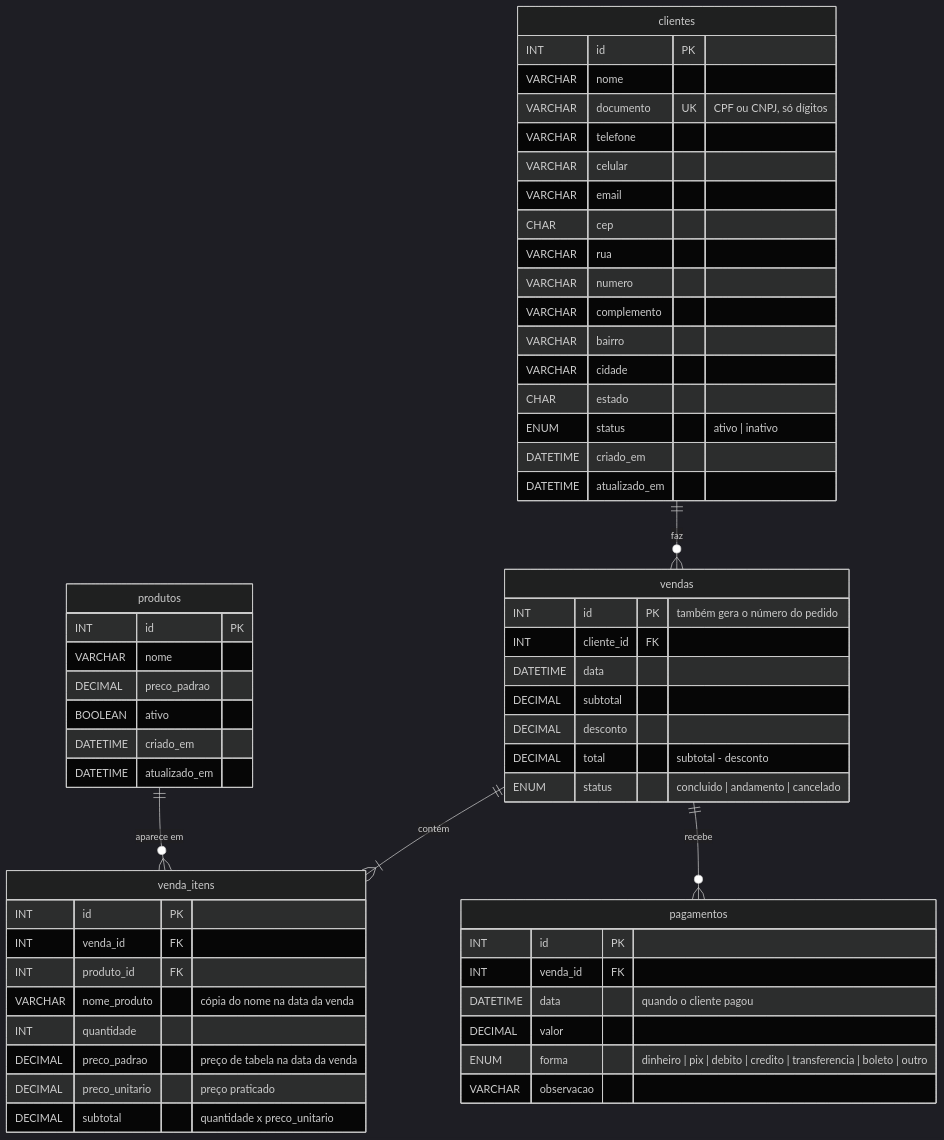
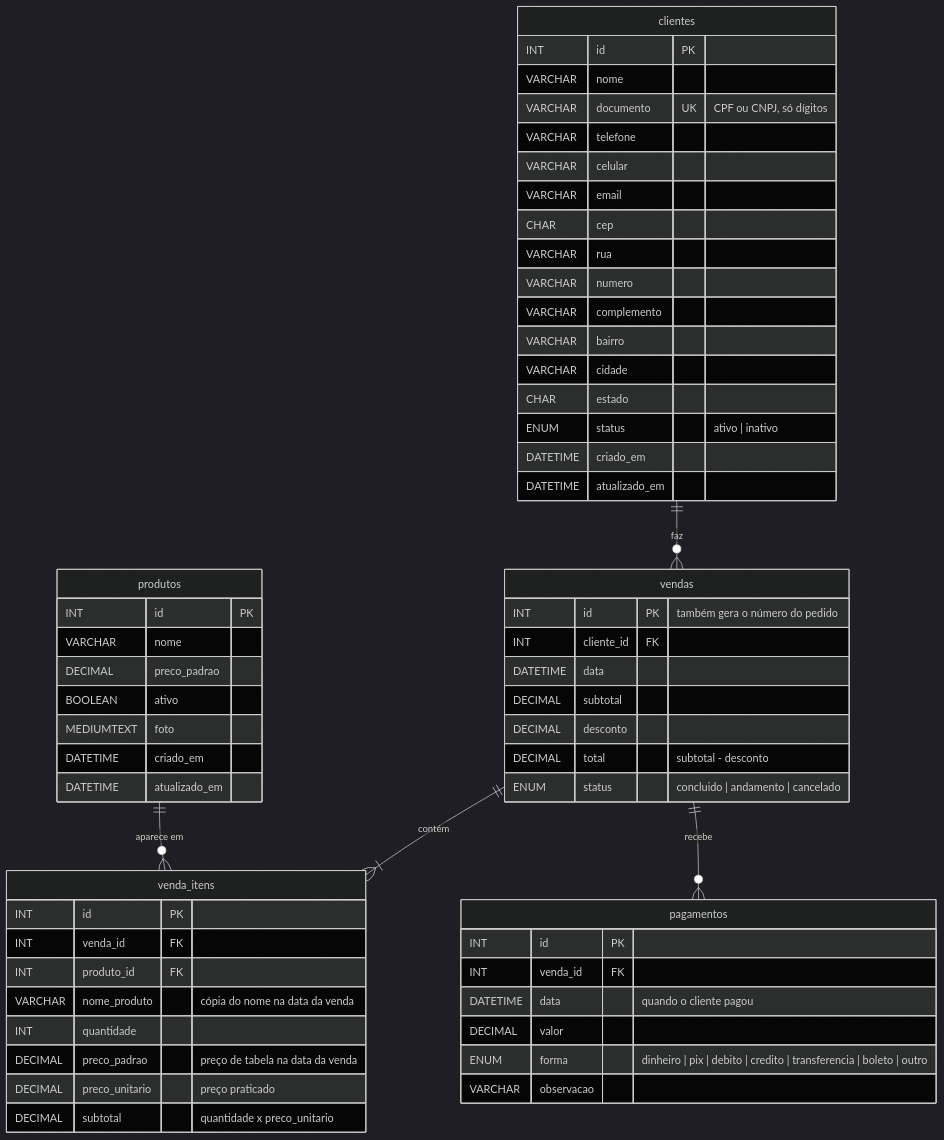
One commit to RICKK777/Sistema_MGK changed the first of 2 diagrams in docs/BANCO-DE-DADOS.md. Above: the diagram before and after it, drawn with Mermaid (dark theme). The commit also changed other lines of this file and 10 other files, not shown here.

````diff
--- a/docs/BANCO-DE-DADOS.md
+++ b/docs/BANCO-DE-DADOS.md
@@ -68,61 +68,62 @@
 ```mermaid
 erDiagram
     clientes ||--o{ vendas : "faz"
     vendas   ||--|{ venda_itens : "contém"
     produtos ||--o{ venda_itens : "aparece em"
     vendas   ||--o{ pagamentos : "recebe"
 
     clientes {
         INT id PK
         VARCHAR nome
         VARCHAR documento UK "CPF ou CNPJ, só dígitos"
         VARCHAR telefone
         VARCHAR celular
         VARCHAR email
         CHAR cep
         VARCHAR rua
         VARCHAR numero
         VARCHAR complemento
         VARCHAR bairro
         VARCHAR cidade
         CHAR estado
         ENUM status "ativo | inativo"
         DATETIME criado_em
         DATETIME atualizado_em
     }
     produtos {
         INT id PK
         VARCHAR nome
         DECIMAL preco_padrao
         BOOLEAN ativo
+        MEDIUMTEXT foto
         DATETIME criado_em
         DATETIME atualizado_em
     }
     vendas {
         INT id PK "também gera o número do pedido"
         INT cliente_id FK
         DATETIME data
         DECIMAL subtotal
         DECIMAL desconto
         DECIMAL total "subtotal - desconto"
         ENUM status "concluido | andamento | cancelado"
     }
     venda_itens {
         INT id PK
         INT venda_id FK
         INT produto_id FK
         VARCHAR nome_produto "cópia do nome na data da venda"
         INT quantidade
         DECIMAL preco_padrao "preço de tabela na data da venda"
         DECIMAL preco_unitario "preço praticado"
         DECIMAL subtotal "quantidade x preco_unitario"
     }
     pagamentos {
         INT id PK
         INT venda_id FK
         DATETIME data "quando o cliente pagou"
         DECIMAL valor
         ENUM forma "dinheiro | pix | debito | credito | transferencia | boleto | outro"
         VARCHAR observacao
     }
 ```
````
